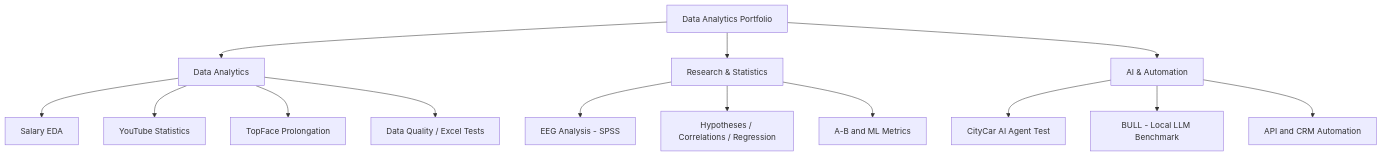
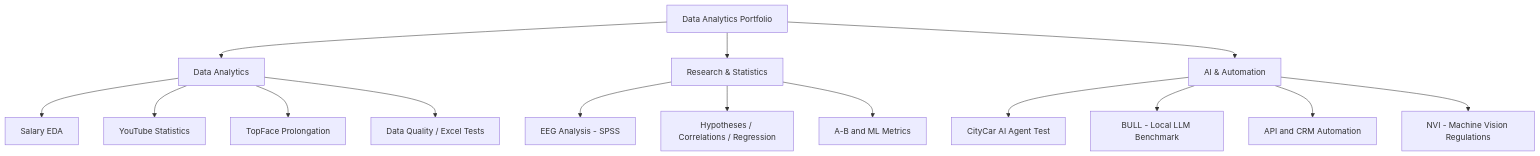
Before and after one commit to MrChronon/data-analytics-portfolio: the diagram in README.md, drawn with Mermaid. The commit also changed other lines of this file and 4 other files, not shown here.

Commit message:
Add NVI machine vision regulations case with visual diagrams

````diff
--- a/README.md
+++ b/README.md
@@ -30,20 +33,21 @@
 ```mermaid
 flowchart TB
     P[Data Analytics Portfolio]
     P --> D[Data Analytics]
     P --> R[Research & Statistics]
     P --> A[AI & Automation]
 
     D --> D1[Salary EDA]
     D --> D2[YouTube Statistics]
     D --> D3[TopFace Prolongation]
     D --> D4[Data Quality / Excel Tests]
 
     R --> R1[EEG Analysis - SPSS]
     R --> R2[Hypotheses / Correlations / Regression]
     R --> R3[A-B and ML Metrics]
 
     A --> A1[CityCar AI Agent Test]
     A --> A2[BULL - Local LLM Benchmark]
     A --> A3[API and CRM Automation]
+    A --> A4[NVI - Machine Vision Regulations]
 ```
````
